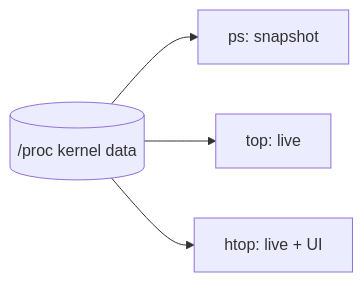
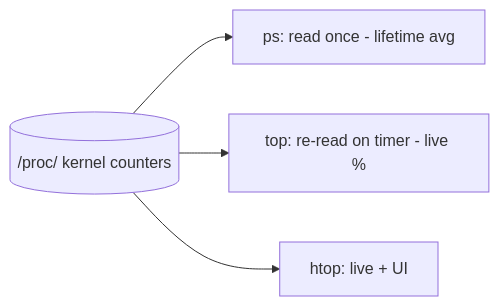
Before and after one commit to cloud-prakhar/learning-linux: the diagram in 05-processes-and-services/ps-top-htop.md, drawn with Mermaid. The commit also changed other lines of this file and 69 other files, not shown here.

````diff
--- a/05-processes-and-services/ps-top-htop.md
+++ b/05-processes-and-services/ps-top-htop.md
@@ -33,6 +40,6 @@
 ```mermaid
 flowchart LR
-    Proc[(/proc kernel data)] --> ps[ps: snapshot]
-    Proc --> top[top: live]
+    Proc[(/proc/<pid> kernel counters)] --> ps[ps: read once - lifetime avg]
+    Proc --> top[top: re-read on timer - live %]
     Proc --> htop[htop: live + UI]
 ```
````
